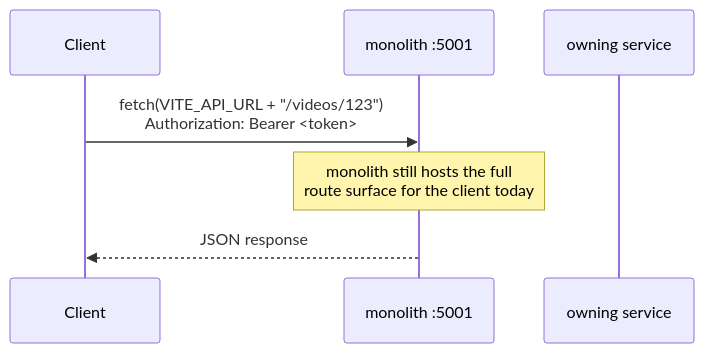
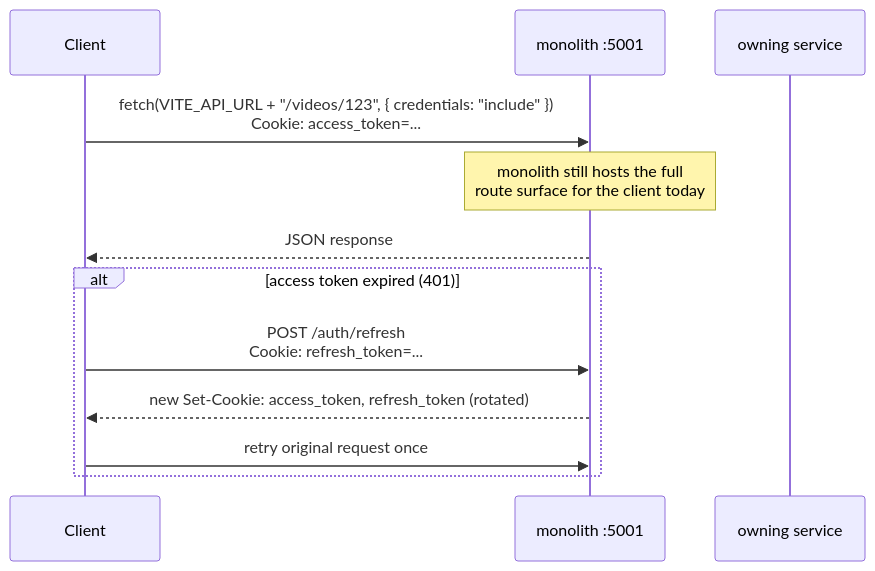
One commit to dipakvidanidevitsystem-dot/mini-tube changed the second of 4 diagrams in docs/flowdiagram/client-server-communication.md. Above: the diagram before and after it, drawn with Mermaid. The commit also changed other lines of this file and 48 other files, not shown here.

````diff
--- a/docs/flowdiagram/client-server-communication.md
+++ b/docs/flowdiagram/client-server-communication.md
@@ -25,10 +27,15 @@
 ```mermaid
 sequenceDiagram
     participant C as Client
     participant M as monolith :5001
     participant S as owning service
 
-    C->>M: fetch(VITE_API_URL + "/videos/123")<br/>Authorization: Bearer <token>
+    C->>M: fetch(VITE_API_URL + "/videos/123", { credentials: "include" })<br/>Cookie: access_token=...
     Note over M: monolith still hosts the full<br/>route surface for the client today
     M-->>C: JSON response
+    alt access token expired (401)
+        C->>M: POST /auth/refresh<br/>Cookie: refresh_token=...
+        M-->>C: new Set-Cookie: access_token, refresh_token (rotated)
+        C->>M: retry original request once
+    end
 ```
````
